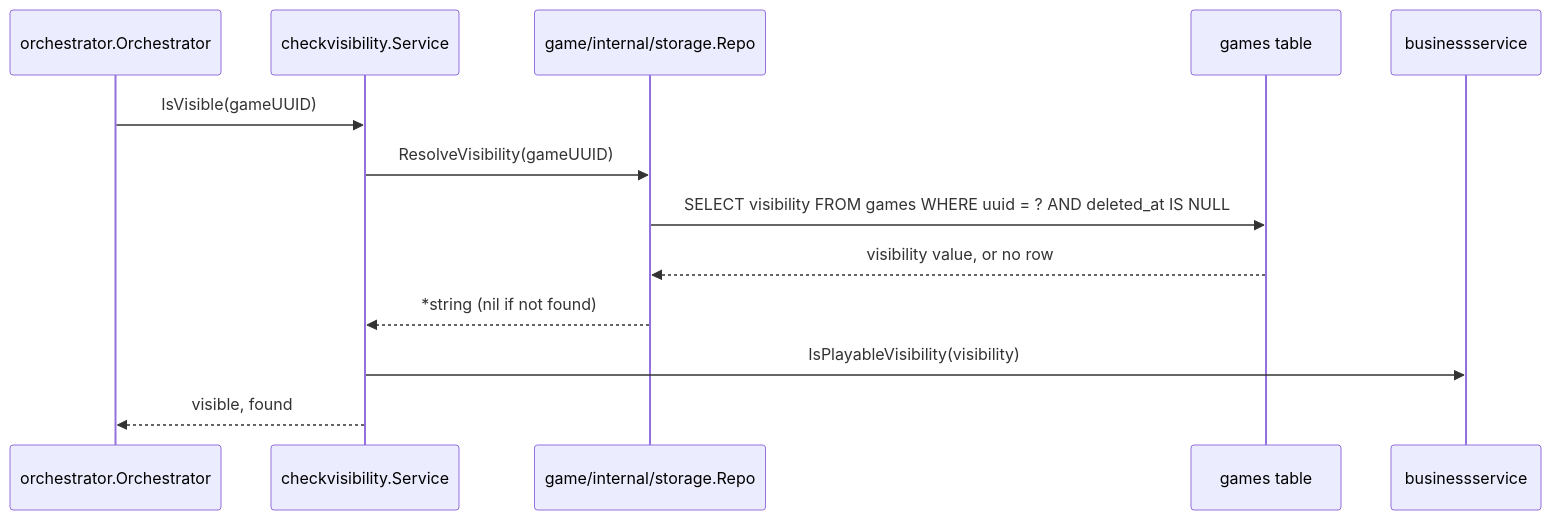
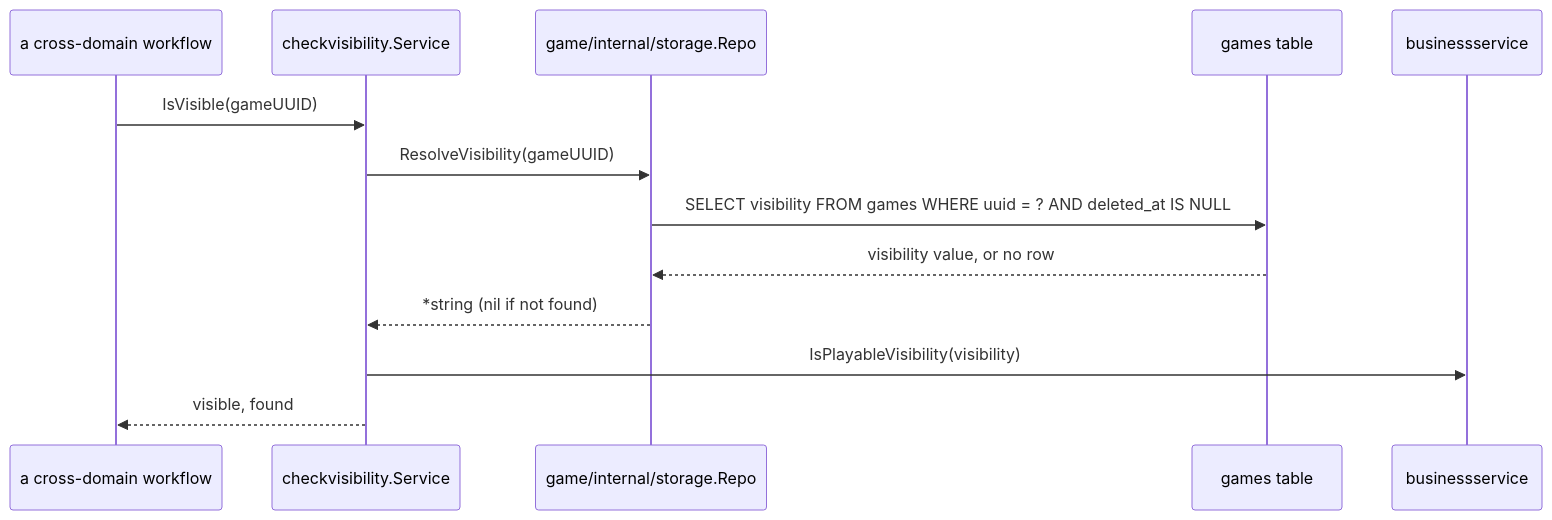
One commit to diegobermudez03/playhoot changed the diagram in game/docs/FLOWS.md. Above: the diagram before and after it, drawn with Mermaid. The commit also changed other lines of this file and 290 other files, not shown here.

````diff
--- a/game/docs/FLOWS.md
+++ b/game/docs/FLOWS.md
@@ -7,16 +7,16 @@
 ```mermaid
 sequenceDiagram
-    participant Caller as orchestrator.Orchestrator
+    participant Caller as a cross-domain workflow
     participant UseCase as checkvisibility.Service
     participant Repo as game/internal/storage.Repo
     participant DB as games table
     participant Rules as businessservice
 
     Caller->>UseCase: IsVisible(gameUUID)
     UseCase->>Repo: ResolveVisibility(gameUUID)
     Repo->>DB: SELECT visibility FROM games WHERE uuid = ? AND deleted_at IS NULL
     DB-->>Repo: visibility value, or no row
     Repo-->>UseCase: *string (nil if not found)
     UseCase->>Rules: IsPlayableVisibility(visibility)
     UseCase-->>Caller: visible, found
 ```
````
